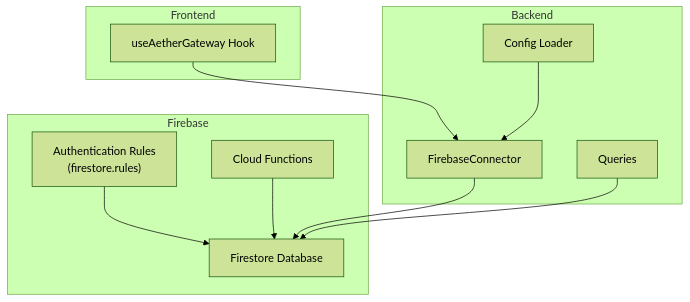
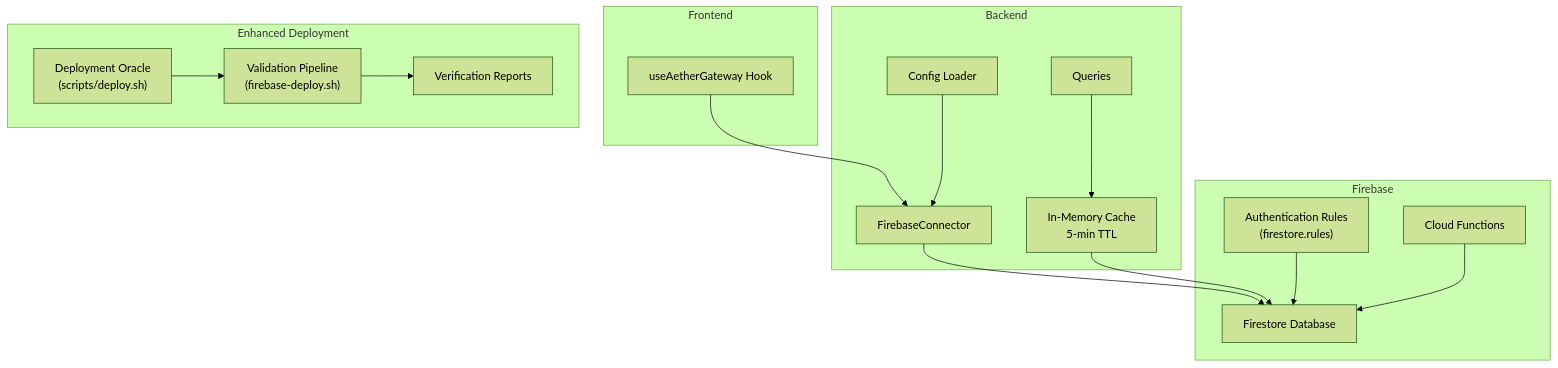
Before and after one commit to Moeabdelaziz007/Aether-Voice-OS: the second of 12 diagrams in .qoder/repowiki/en/content/Deployment and Operations/Cloud Services and Firebase Integration.md, drawn with Mermaid (forest theme). The commit also changed other lines of this file and 29 other files, not shown here.

````diff
--- a/.qoder/repowiki/en/content/Deployment and Operations/Cloud Services and Firebase Integration.md
+++ b/.qoder/repowiki/en/content/Deployment and Operations/Cloud Services and Firebase Integration.md
@@ -116,22 +153,31 @@
 ```mermaid
 graph TB
 subgraph "Frontend"
 HOOK["useAetherGateway Hook"]
 end
 subgraph "Backend"
 CFG["Config Loader"]
 IFACE["FirebaseConnector"]
 QUERIES["Queries"]
+CACHE["In-Memory Cache<br/>5-min TTL"]
 end
 subgraph "Firebase"
 AUTH["Authentication Rules<br/>(firestore.rules)"]
 DB["Firestore Database"]
 CF["Cloud Functions"]
 end
+subgraph "Enhanced Deployment"
+DEPLOY["Deployment Oracle<br/>(scripts/deploy.sh)"]
+VALID["Validation Pipeline<br/>(firebase-deploy.sh)"]
+REPORT["Verification Reports"]
+end
 HOOK --> IFACE
 CFG --> IFACE
 IFACE --> DB
+QUERIES --> CACHE
+CACHE --> DB
 AUTH --> DB
 CF --> DB
-QUERIES --> DB
+DEPLOY --> VALID
+VALID --> REPORT
 ```
````
